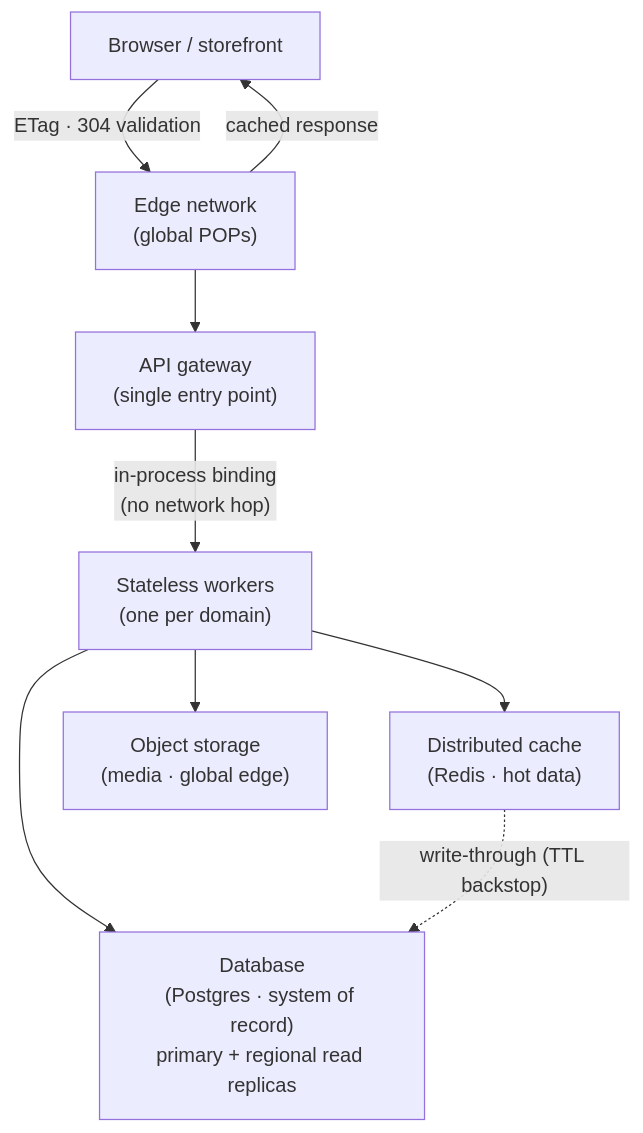
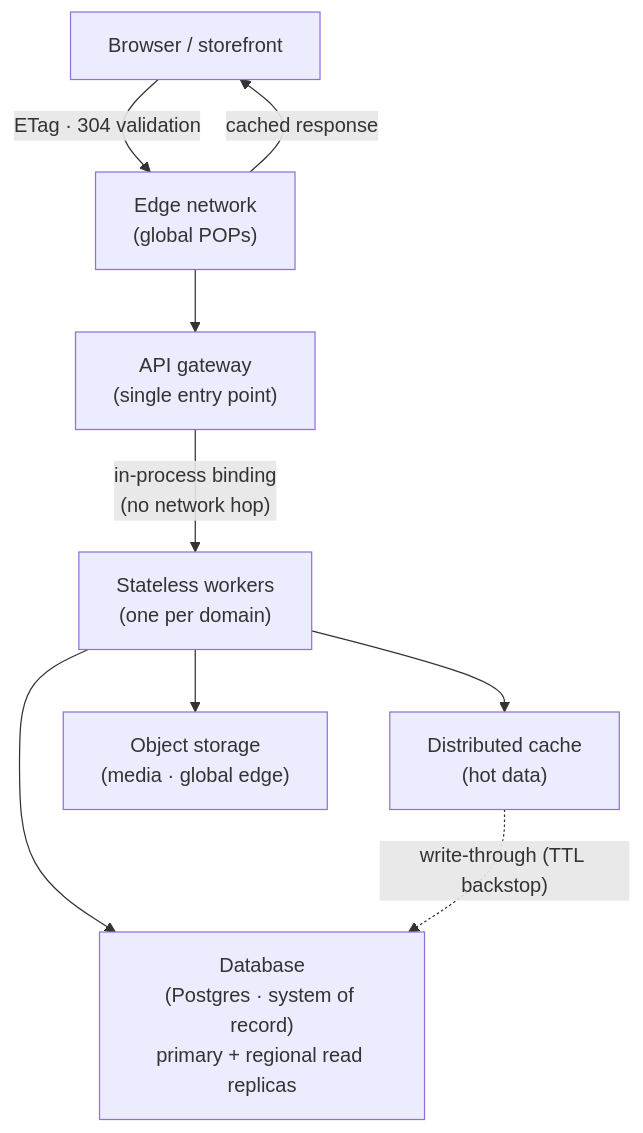
The diagram in how-gc-works/overview.mdx (TyBrite/docs), drawn with Mermaid before and after one commit. The commit also changed 10 other files, not shown here.

````diff
--- a/how-gc-works/overview.mdx
+++ b/how-gc-works/overview.mdx
@@ -19,11 +19,11 @@
 ```mermaid
 graph TD
     B["Browser / storefront"] -->|"ETag · 304 validation"| E["Edge network<br/>(global POPs)"]
     E -->|"cached response"| B
     E --> G["API gateway<br/>(single entry point)"]
     G -->|"in-process binding<br/>(no network hop)"| W["Stateless workers<br/>(one per domain)"]
-    W --> C["Distributed cache<br/>(Redis · hot data)"]
+    W --> C["Distributed cache<br/>(hot data)"]
     W --> DB["Database<br/>(Postgres · system of record)<br/>primary + regional read replicas"]
     W --> O["Object storage<br/>(media · global edge)"]
     C -.->|"write-through (TTL backstop)"| DB
 ```
````
